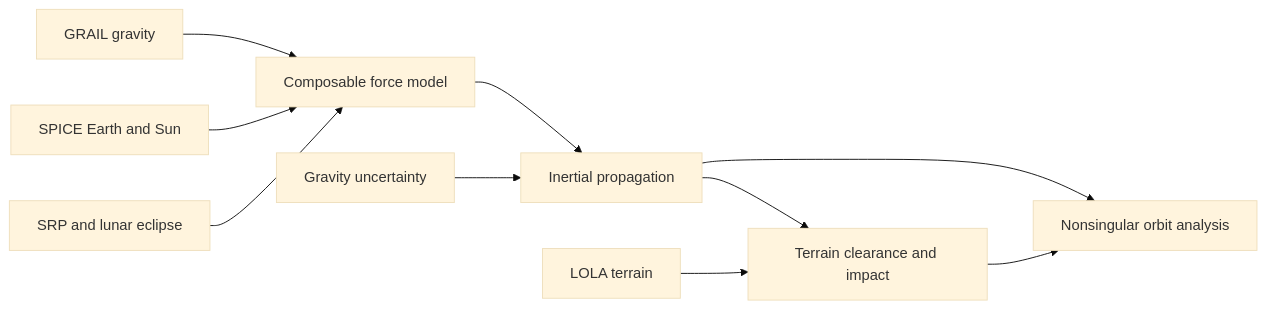
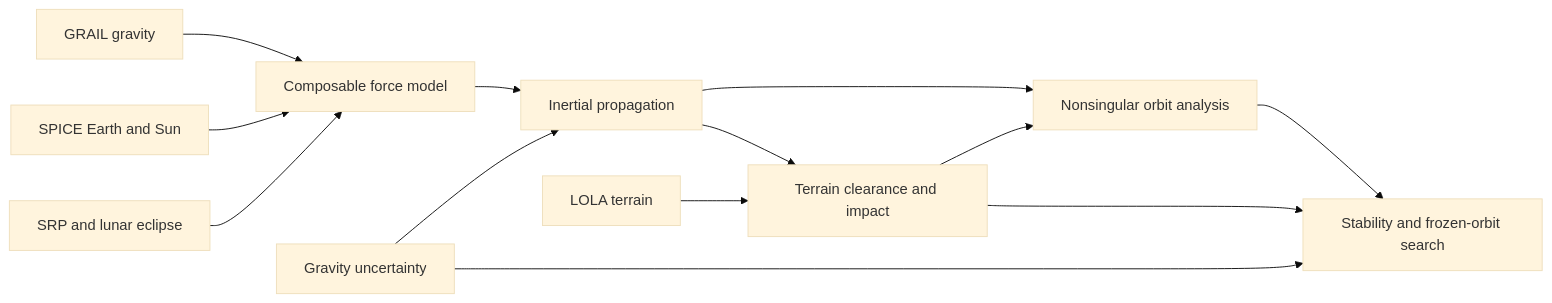
One commit to sylvesterkaczmarek/lunar-astrodynamics-simulation changed the diagram in README.md. Above: the diagram before and after it, drawn with Mermaid (base theme). The commit also changed other lines of this file and 9 other files, not shown here.

First line of the commit message:
Add automated lunar stability and frozen-orbit search

````diff
--- a/README.md
+++ b/README.md
@@ -15,12 +15,15 @@
 ```mermaid
 flowchart LR
     G[GRAIL gravity] --> F[Composable force model]
     E[SPICE Earth and Sun] --> F
     S[SRP and lunar eclipse] --> F
     F --> P[Inertial propagation]
     U[Gravity uncertainty] --> P
     P --> A[Nonsingular orbit analysis]
     L[LOLA terrain] --> C[Terrain clearance and impact]
     P --> C
     C --> A
+    A --> Q[Stability and frozen-orbit search]
+    U --> Q
+    C --> Q
 ```
````
